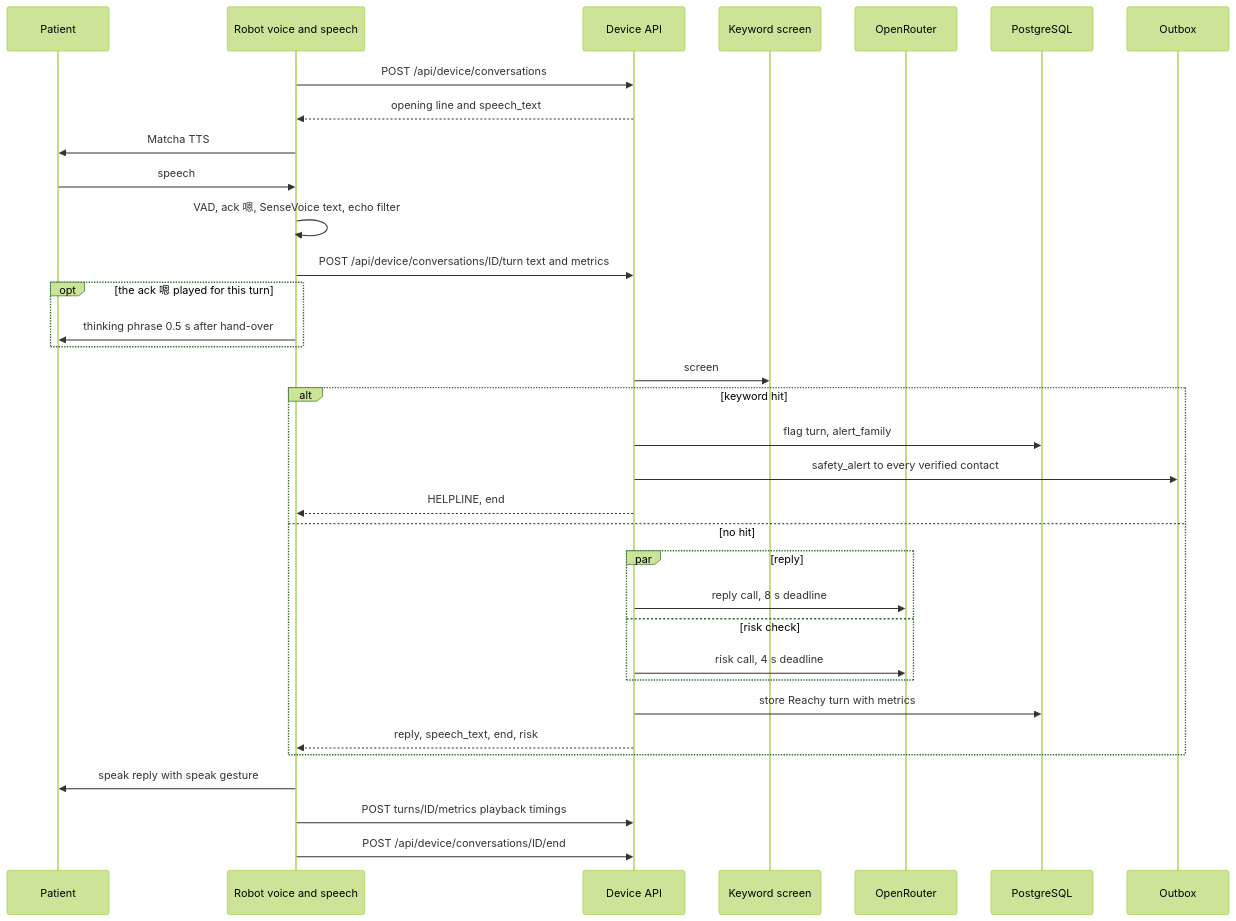
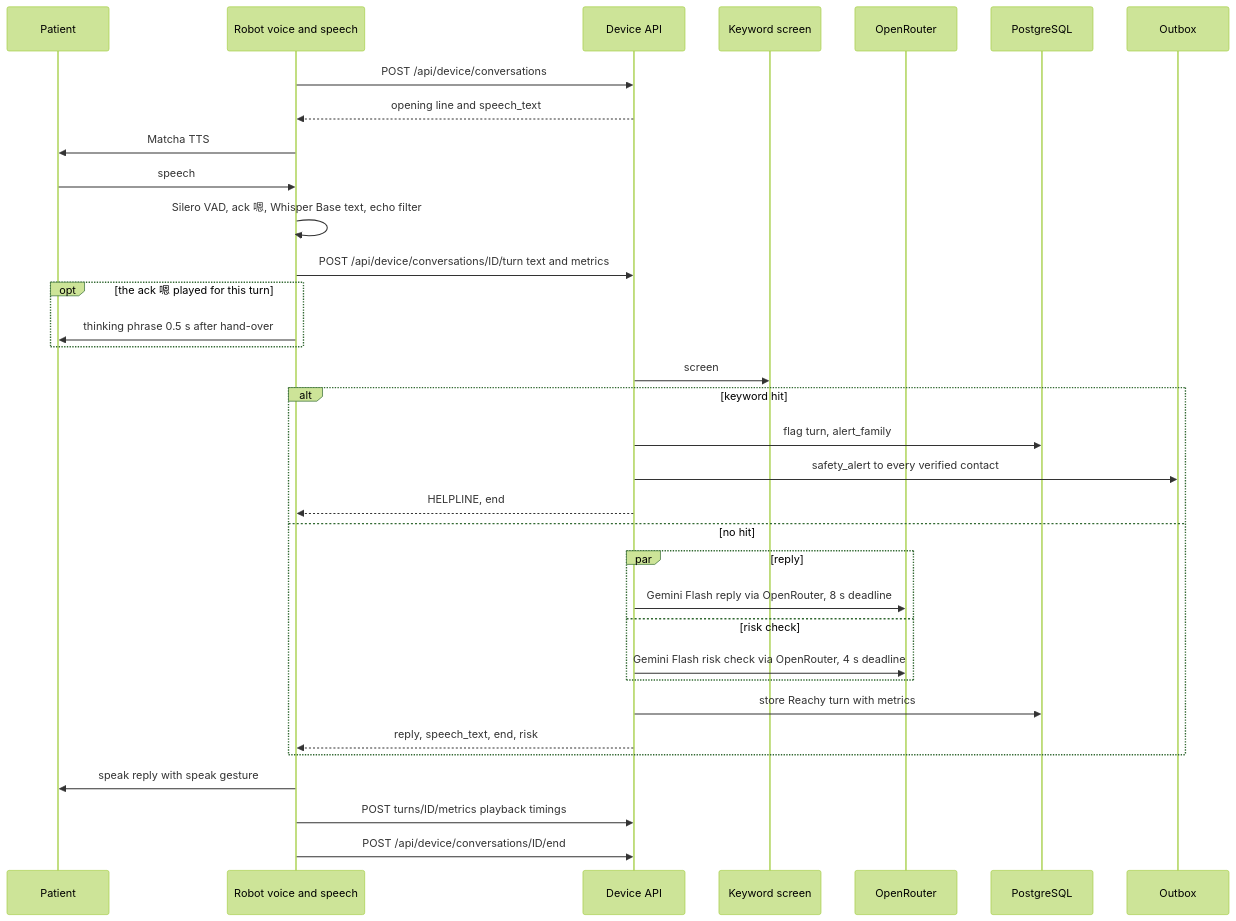
Before and after one commit to Ferdinanzk/MedAiCarePlus: the ninth of 20 diagrams in docs/DATA_FLOW.md, drawn with Mermaid (forest theme). The commit also changed other lines of this file and 12 other files, not shown here.

Commit message:
Use Gemini 2.5 and Whisper Base for Reachy

````diff
--- a/docs/DATA_FLOW.md
+++ b/docs/DATA_FLOW.md
@@ -493,36 +493,36 @@
 ```mermaid
 sequenceDiagram
   participant Pt as Patient
   participant R as Robot voice and speech
   participant API as Device API
   participant SC as Keyword screen
   participant LLM as OpenRouter
   participant DB as PostgreSQL
   participant OB as Outbox
   R->>API: POST /api/device/conversations
   API-->>R: opening line and speech_text
   R->>Pt: Matcha TTS
   Pt->>R: speech
-  R->>R: VAD, ack 嗯, SenseVoice text, echo filter
+  R->>R: Silero VAD, ack 嗯, Whisper Base text, echo filter
   R->>API: POST /api/device/conversations/ID/turn text and metrics
   opt the ack 嗯 played for this turn
     R->>Pt: thinking phrase 0.5 s after hand-over
   end
   API->>SC: screen
   alt keyword hit
     API->>DB: flag turn, alert_family
     API->>OB: safety_alert to every verified contact
     API-->>R: HELPLINE, end
   else no hit
     par reply
-      API->>LLM: reply call, 8 s deadline
+      API->>LLM: Gemini Flash reply via OpenRouter, 8 s deadline
     and risk check
-      API->>LLM: risk call, 4 s deadline
+      API->>LLM: Gemini Flash risk check via OpenRouter, 4 s deadline
     end
     API->>DB: store Reachy turn with metrics
     API-->>R: reply, speech_text, end, risk
   end
   R->>Pt: speak reply with speak gesture
   R->>API: POST turns/ID/metrics playback timings
   R->>API: POST /api/device/conversations/ID/end
 ```
````
